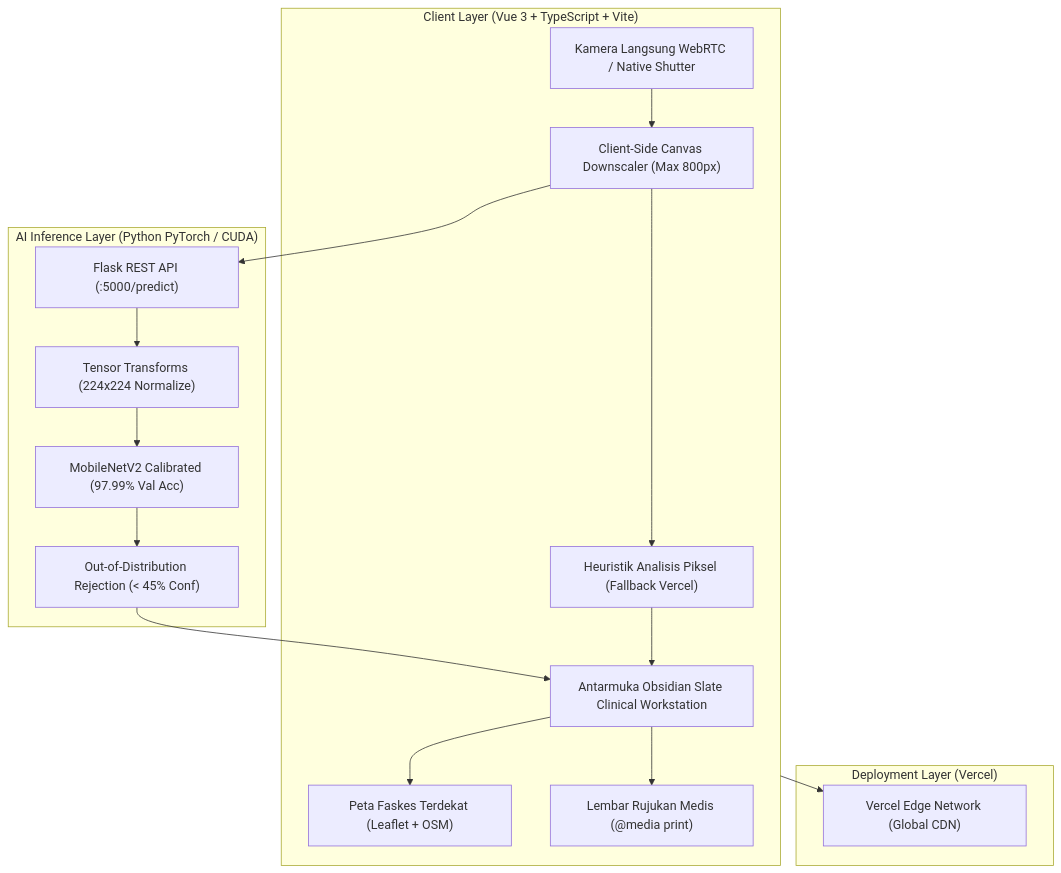
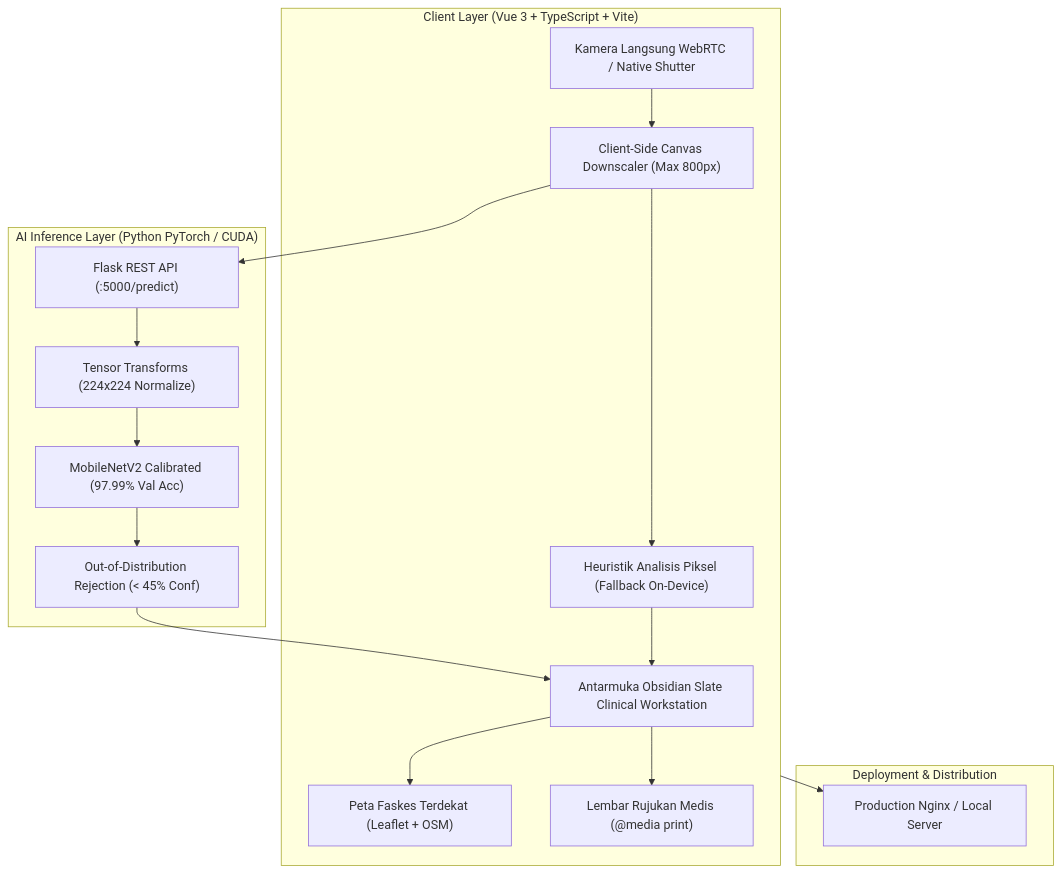
Before and after one commit to luminariadev/soca: the diagram in README.md, drawn with Mermaid. The commit also changed other lines of this file and 9 other files, not shown here.

Commit message:
chore: remove vercel deployment artifacts and showcase ui screenshots in readme

````diff
--- a/README.md
+++ b/README.md
@@ -40,34 +57,34 @@
 ```mermaid
 graph TD
     subgraph Client ["Client Layer (Vue 3 + TypeScript + Vite)"]
         UI["Antarmuka Obsidian Slate Clinical Workstation"]
         CamCapture["Kamera Langsung WebRTC / Native Shutter"]
         Resizer["Client-Side Canvas Downscaler (Max 800px)"]
-        LocalAnalyzer["Heuristik Analisis Piksel (Fallback Vercel)"]
+        LocalAnalyzer["Heuristik Analisis Piksel (Fallback On-Device)"]
         LeafletMap["Peta Faskes Terdekat (Leaflet + OSM)"]
         PrintTemplate["Lembar Rujukan Medis (@media print)"]
     end
 
-    subgraph Edge ["Deployment Layer (Vercel)"]
-        VercelCDN["Vercel Edge Network (Global CDN)"]
+    subgraph Deploy ["Deployment & Distribution"]
+        WebServer["Production Nginx / Local Server"]
     end
 
     subgraph Inference ["AI Inference Layer (Python PyTorch / CUDA)"]
         FlaskAPI["Flask REST API (:5000/predict)"]
         Preprocess["Tensor Transforms (224x224 Normalize)"]
         MobileNet["MobileNetV2 Calibrated (97.99% Val Acc)"]
         OOD["Out-of-Distribution Rejection (< 45% Conf)"]
     end
 
     CamCapture --> Resizer
     Resizer --> LocalAnalyzer
     Resizer --> FlaskAPI
     FlaskAPI --> Preprocess
     Preprocess --> MobileNet
     MobileNet --> OOD
     OOD --> UI
     LocalAnalyzer --> UI
     UI --> LeafletMap
     UI --> PrintTemplate
-    Client --> VercelCDN
+    Client --> WebServer
 ```
````
